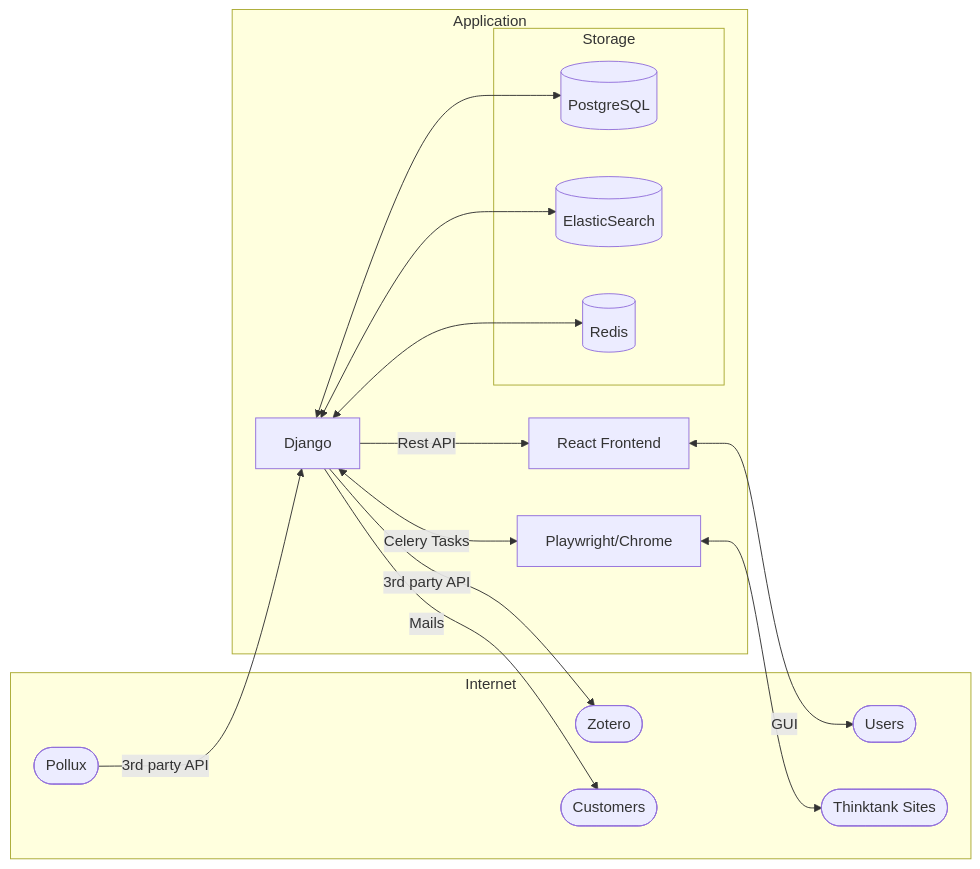
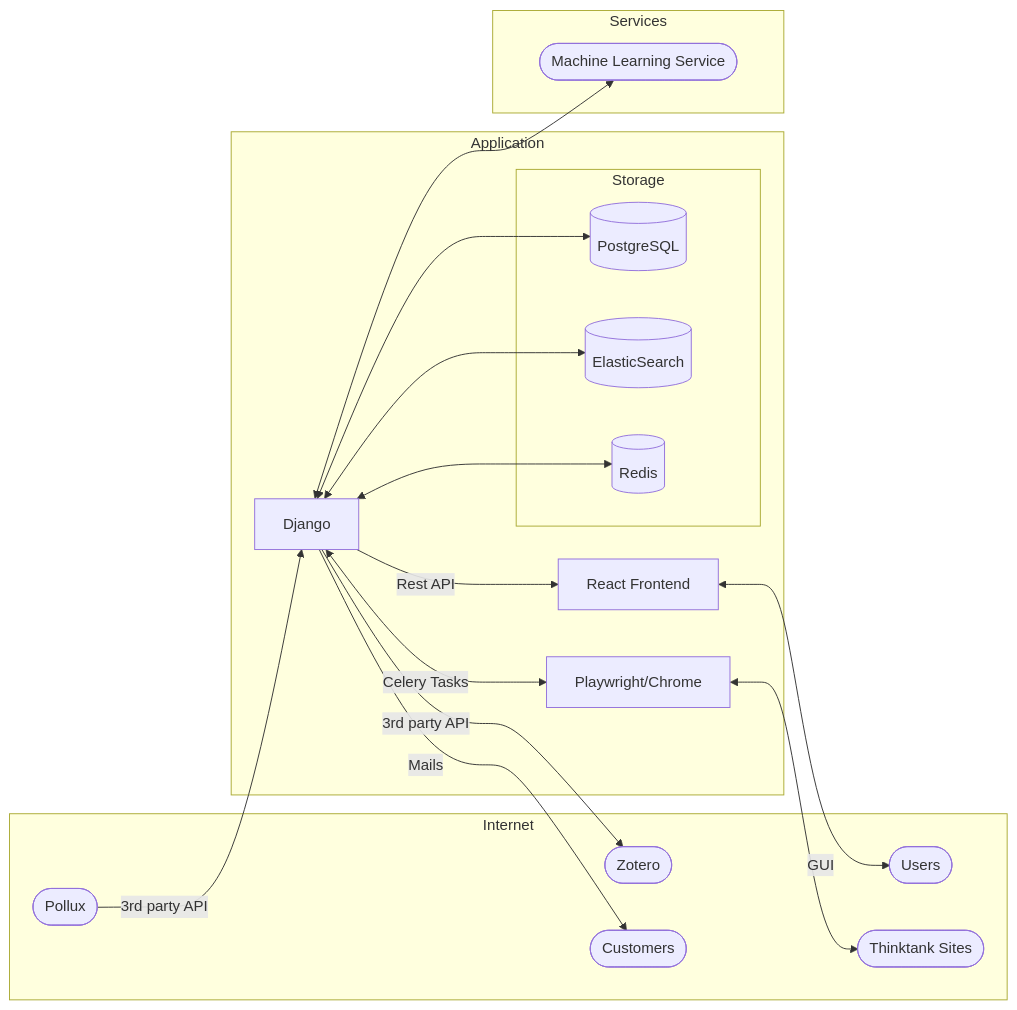
One commit to swp-berlin/webassistant changed the first of 2 diagrams in docs/architecture.md. Above: the diagram before and after it, drawn with Mermaid. The commit also changed other lines of this file and 2 other files, not shown here.

Commit message:
docs on configuration and search

````diff
--- a/docs/architecture.md
+++ b/docs/architecture.md
@@ -16,42 +18,48 @@
 ```mermaid
 flowchart LR
     U([Users])
     W([Thinktank Sites])
     Pw[Playwright/Chrome]
     Dj[Django]
     Pg[(PostgreSQL)]
     E[(ElasticSearch)]
     R[React Frontend]
     Rd[(Redis)]
     Z([Zotero])
     P([Pollux])
     Rc([Customers])
+    Mls([Machine Learning Service])
     Dj -- Rest API --> R <-- GUI --> U
     Dj <--> Pg
     Dj <--> E
     Dj <-- Celery Tasks --> Pw
     Dj <--> Rd
     Pw <--> W
     Dj -- Mails --> Rc
     Dj -- 3rd party API --> Z
     P -- 3rd party API --> Dj
+    Dj <--> Mls
 
     subgraph Internet
         W
         Z
         P
         U
         Rc
     end
 
     subgraph Application
         Dj
         Pw
         R
         subgraph Storage
             Pg
             Rd
             E
         end
     end
+    
+    subgraph Services 
+        Mls
+    end
 ```
````
